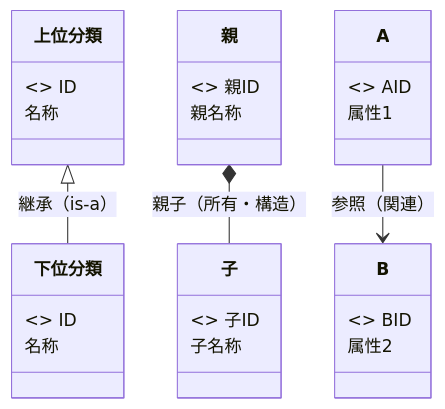
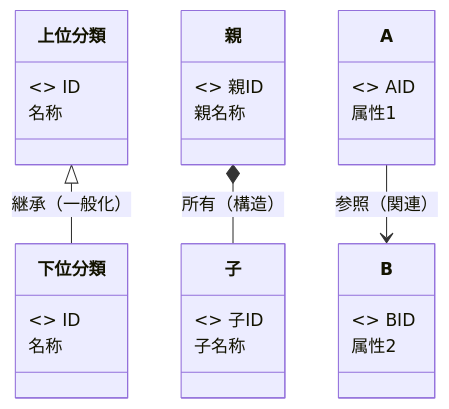
The fourth of 4 diagrams in docs/project/010-業務仕様/020-概念クラス図/mermaid-ccd-rules.md (specdojo/spec-dojo-handbook), drawn with Mermaid before and after one commit. The commit also changed other lines of this file and 3 other files, not shown here.

Commit message:
feat: 概念クラス図作成ルール修正と概念クラス図初版の修正

````diff
--- a/docs/project/010-業務仕様/020-概念クラス図/mermaid-ccd-rules.md
+++ b/docs/project/010-業務仕様/020-概念クラス図/mermaid-ccd-rules.md
@@ -128,41 +141,41 @@
 ```mermaid
 classDiagram
     class 上位分類 {
         <<key>> ID
         名称
     }
 
     class 下位分類 {
         <<key>> ID
         名称
     }
 
     class 親 {
         <<key>> 親ID
         親名称
     }
 
     class 子 {
         <<key>> 子ID
         子名称
     }
 
     class A {
         <<key>> AID
         属性1
     }
 
     class B {
         <<key>> BID
         属性2
     }
 
     %% 継承（is-a）
-    上位分類 <|-- 下位分類 : 継承（is-a）
+    上位分類 <|-- 下位分類 : 継承（一般化）
 
-    %% 親子関係（所有・構造 / parent-child）
-    親 *-- 子 : 親子（所有・構造）
+    %% 親子関係（所有・構造）
+    親 *-- 子 : 所有（構造）
 
-    %% 参照関係（reference）
+    %% 参照関係
     A --> B : 参照（関連）
 ```
````
